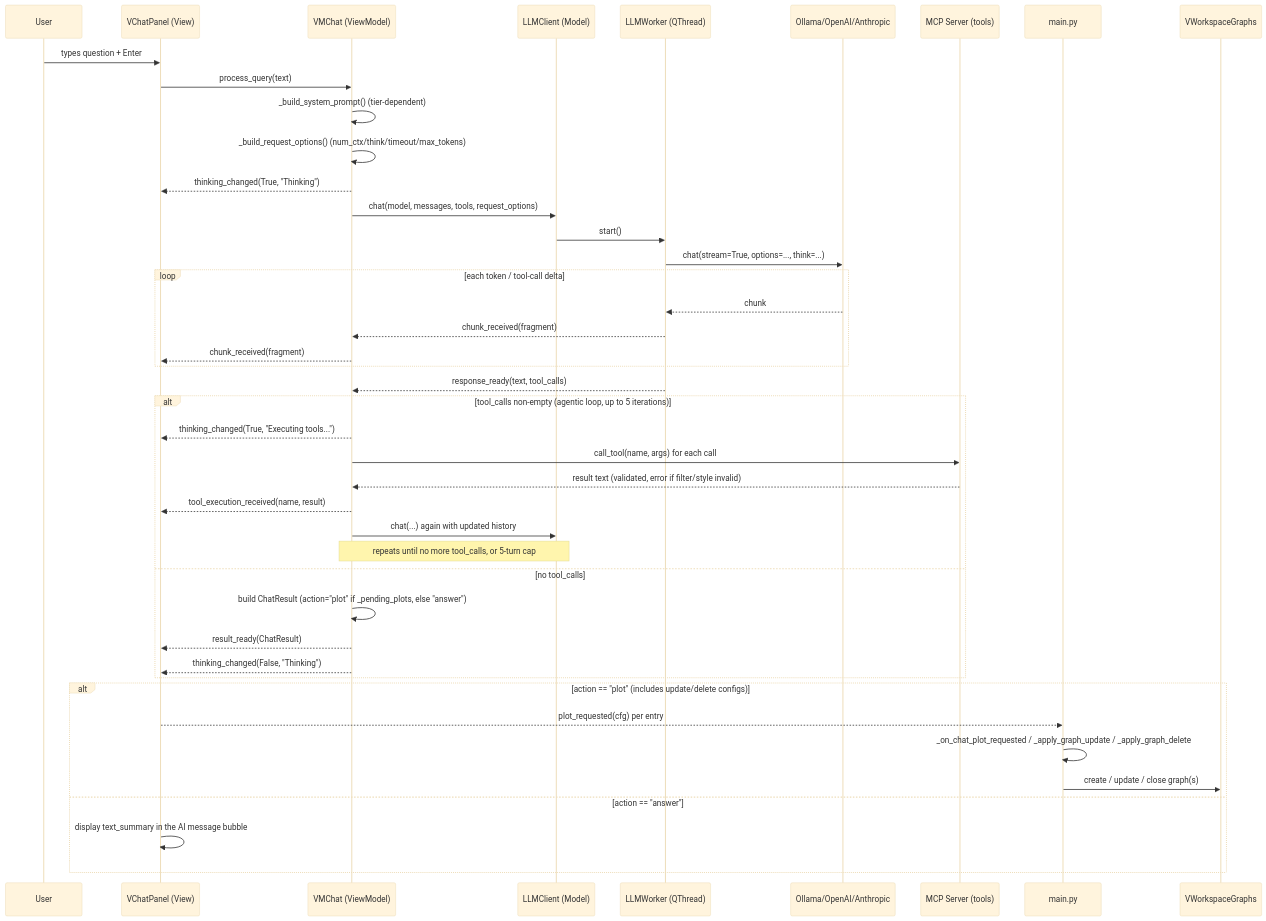
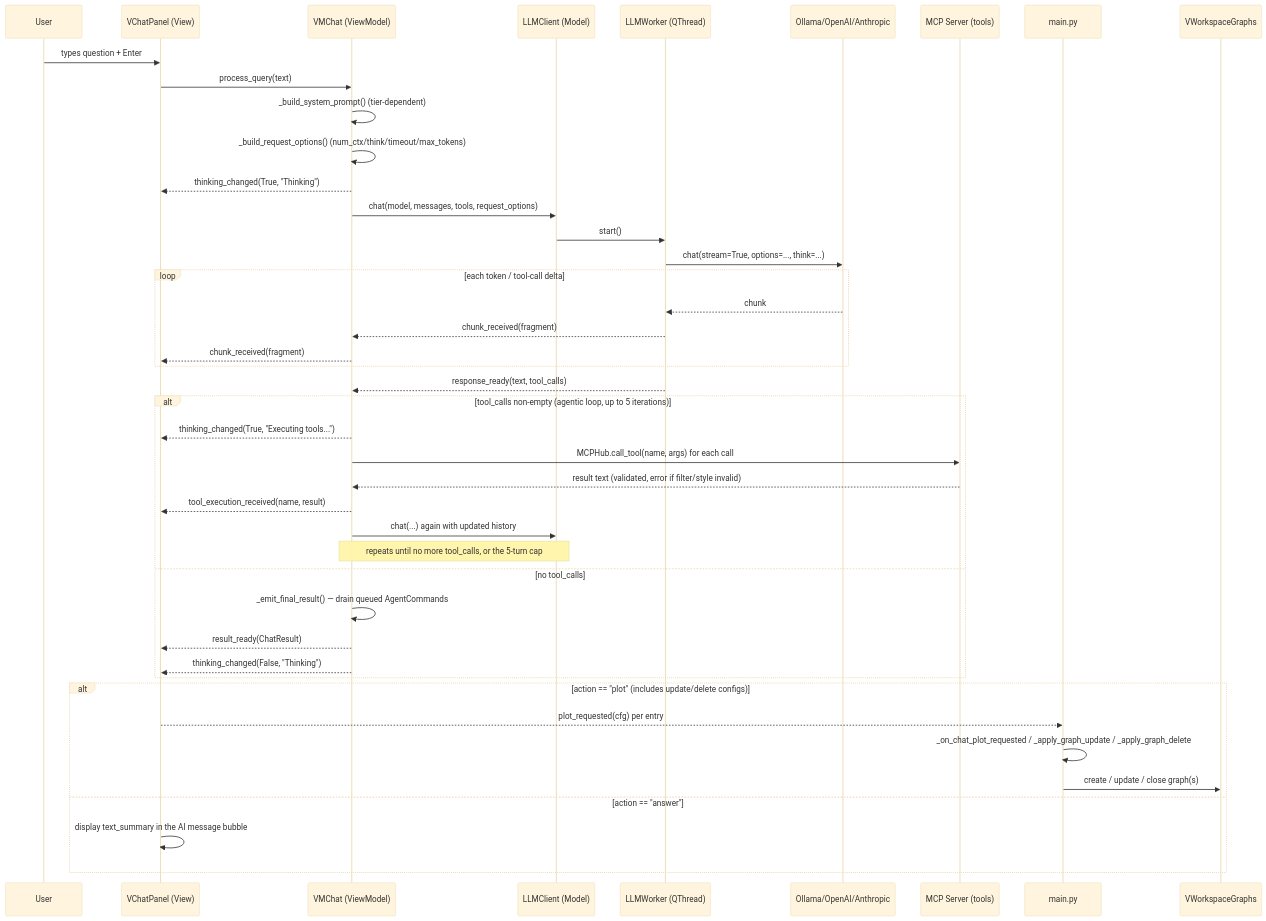
Before and after one commit to CEA-MetroCarac/SPECTROview: the second of 2 diagrams in docs/developer/ai_agent.md, drawn with Mermaid (base theme). The commit also changed other lines of this file and 50 other files, not shown here.

Commit message:
revise ai_agent logic code and cleanups, some minor adjustement in graph workspace

````diff
--- a/docs/developer/ai_agent.md
+++ b/docs/developer/ai_agent.md
@@ -397,50 +467,50 @@
 ```mermaid
 sequenceDiagram
     participant User
     participant VCP as VChatPanel (View)
     participant VMC as VMChat (ViewModel)
     participant LLC as LLMClient (Model)
     participant Worker as LLMWorker (QThread)
     participant Backend as Ollama/OpenAI/Anthropic
     participant MCPS as MCP Server (tools)
     participant Main as main.py
     participant VWG as VWorkspaceGraphs
 
     User->>VCP: types question + Enter
     VCP->>VMC: process_query(text)
     VMC->>VMC: _build_system_prompt() (tier-dependent)
     VMC->>VMC: _build_request_options() (num_ctx/think/timeout/max_tokens)
     VMC-->>VCP: thinking_changed(True, "Thinking")
     VMC->>LLC: chat(model, messages, tools, request_options)
     LLC->>Worker: start()
     Worker->>Backend: chat(stream=True, options=..., think=...)
 
     loop each token / tool-call delta
         Backend-->>Worker: chunk
         Worker-->>VMC: chunk_received(fragment)
         VMC-->>VCP: chunk_received(fragment)
     end
 
     Worker-->>VMC: response_ready(text, tool_calls)
 
     alt tool_calls non-empty (agentic loop, up to 5 iterations)
         VMC-->>VCP: thinking_changed(True, "Executing tools...")
-        VMC->>MCPS: call_tool(name, args) for each call
+        VMC->>MCPS: MCPHub.call_tool(name, args) for each call
         MCPS-->>VMC: result text (validated, error if filter/style invalid)
         VMC-->>VCP: tool_execution_received(name, result)
         VMC->>LLC: chat(...) again with updated history
-        Note over VMC,LLC: repeats until no more tool_calls, or 5-turn cap
+        Note over VMC,LLC: repeats until no more tool_calls, or the 5-turn cap
     else no tool_calls
-        VMC->>VMC: build ChatResult (action="plot" if _pending_plots, else "answer")
+        VMC->>VMC: _emit_final_result() — drain queued AgentCommands
         VMC-->>VCP: result_ready(ChatResult)
         VMC-->>VCP: thinking_changed(False, "Thinking")
     end
 
     alt action == "plot" (includes update/delete configs)
         VCP-->>Main: plot_requested(cfg) per entry
         Main->>Main: _on_chat_plot_requested / _apply_graph_update / _apply_graph_delete
         Main->>VWG: create / update / close graph(s)
     else action == "answer"
         VCP->>VCP: display text_summary in the AI message bubble
     end
 ```
````
